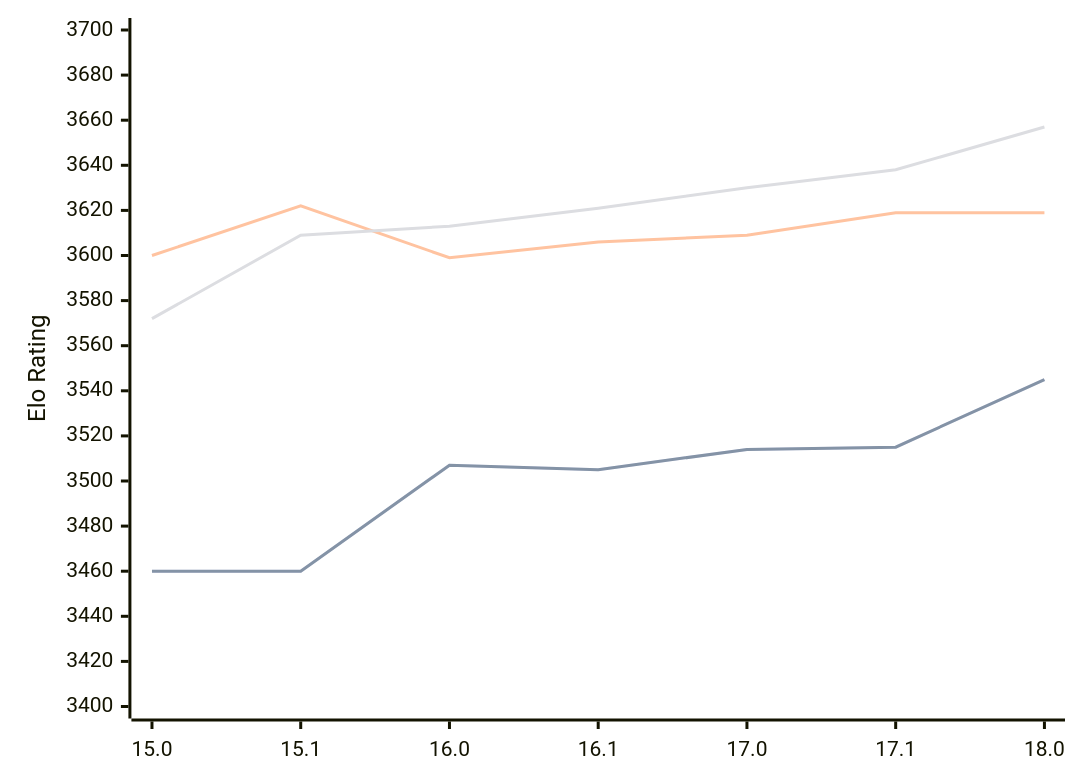
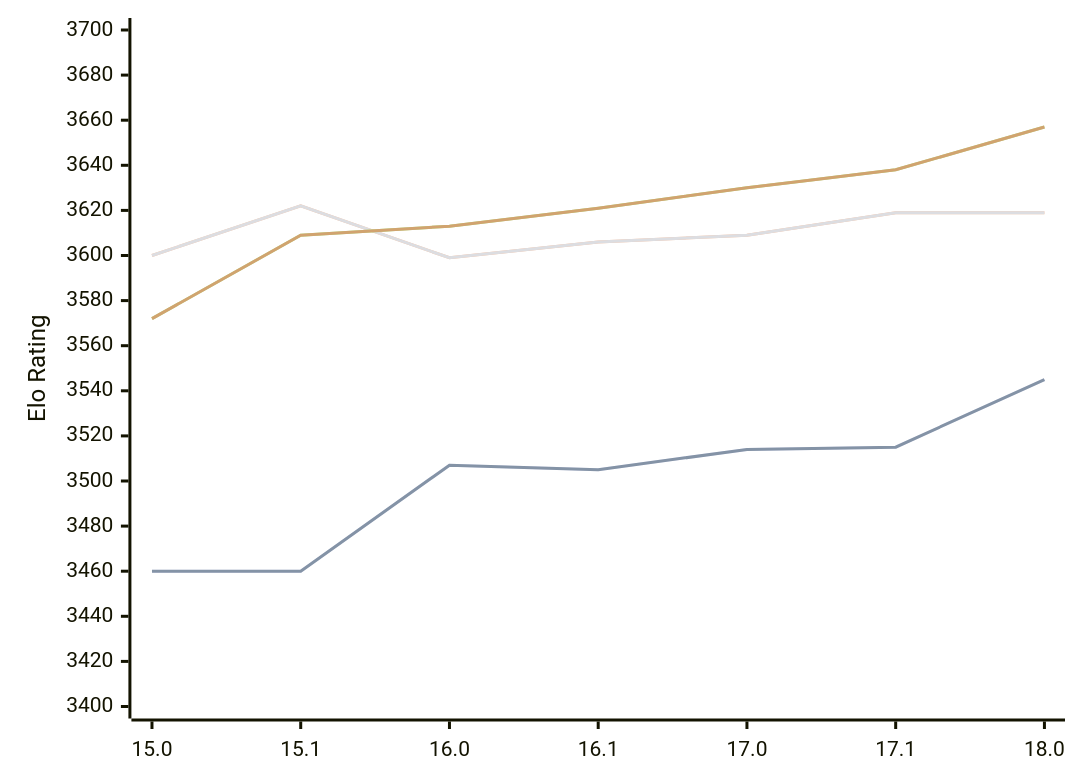
The diagram in engines/Stockfish.md (computer-chess-index/cci), drawn with Mermaid before and after one commit. The commit also changed other lines of this file, not shown here.

Commit message:
Update CCI Ratings (ELO VLTC) - 2026-02-13

````diff
--- a/engines/Stockfish.md
+++ b/engines/Stockfish.md
@@ -43,10 +43,12 @@
 ```mermaid
 %%{init: {"theme":"base","themeVariables":{"seriesColors:['#a3a3a3','#222221','#faa371']}}}%%
 xychart-beta
   x-axis ["15.0", "15.1", "16.0", "16.1", "17.0", "17.1", "18.0"]
   y-axis "Elo Rating" 3400 --> 3700
   line "STC (8.0+0.08s)" [3460, 3460, 3507, 3505, 3514, 3515, 3545]
   line "STC (8.0+0.08s)" [3460, 3460, 3507, 3505, 3514, 3515, 3545]
   line "LTC (60.0+0.60s)" [3600, 3622, 3599, 3606, 3609, 3619, 3619]
+  line "LTC (60.0+0.60s)" [3600, 3622, 3599, 3606, 3609, 3619, 3619]
+  line "VLTC (2m24s+1.12s)" [3572, 3609, 3613, 3621, 3630, 3638, 3657]
   line "VLTC (2m24s+1.12s)" [3572, 3609, 3613, 3621, 3630, 3638, 3657]
 ```
````
